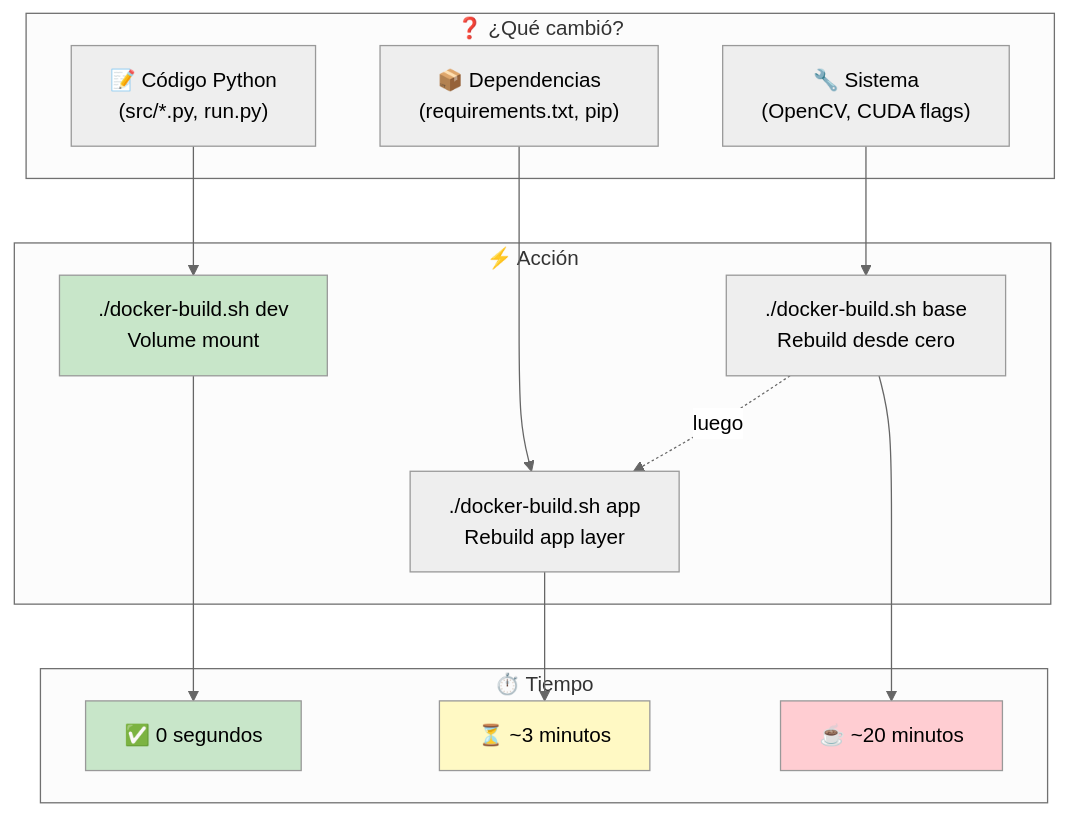
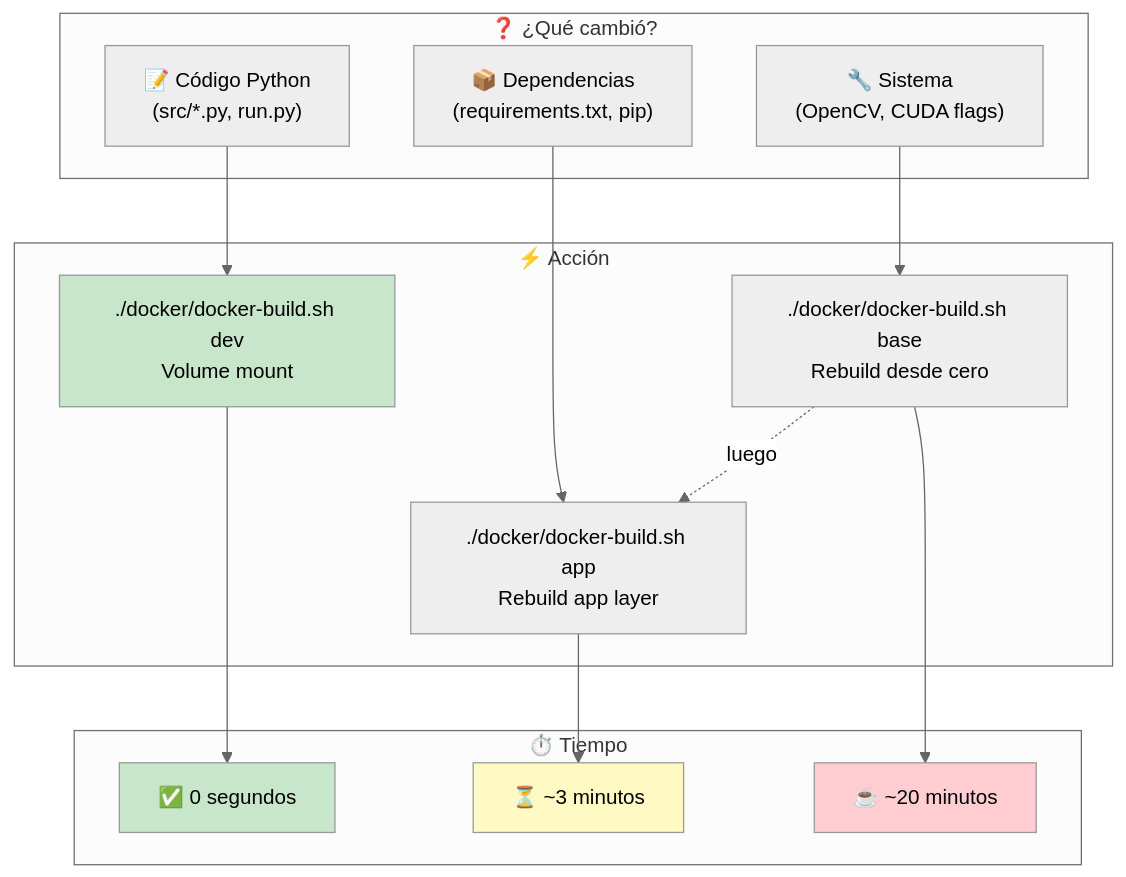
Before and after one commit to robertteleng/aria-demo: the second of 5 diagrams in docs/DOCKER.md, drawn with Mermaid (neutral theme). The commit also changed other lines of this file and 3 other files, not shown here.

````diff
--- a/docs/DOCKER.md
+++ b/docs/DOCKER.md
@@ -93,35 +93,35 @@
 ```mermaid
 flowchart TB
     subgraph CHANGE["❓ ¿Qué cambió?"]
         CODE_CHANGE["📝 Código Python<br/>(src/*.py, run.py)"]
         DEPS_CHANGE["📦 Dependencias<br/>(requirements.txt, pip)"]
         OPENCV_CHANGE["🔧 Sistema<br/>(OpenCV, CUDA flags)"]
     end
 
     subgraph ACTION["⚡ Acción"]
-        DEV["./docker-build.sh dev<br/>Volume mount"]
-        APP["./docker-build.sh app<br/>Rebuild app layer"]
-        BASE["./docker-build.sh base<br/>Rebuild desde cero"]
+        DEV["./docker/docker-build.sh dev<br/>Volume mount"]
+        APP["./docker/docker-build.sh app<br/>Rebuild app layer"]
+        BASE["./docker/docker-build.sh base<br/>Rebuild desde cero"]
     end
 
     subgraph TIME["⏱️ Tiempo"]
         T0["✅ 0 segundos"]
         T3["⏳ ~3 minutos"]
         T20["☕ ~20 minutos"]
     end
 
     CODE_CHANGE --> DEV
     DEV --> T0
 
     DEPS_CHANGE --> APP
     APP --> T3
 
     OPENCV_CHANGE --> BASE
     BASE --> T20
     BASE -.-> |"luego"| APP
 
     style T0 fill:#c8e6c9
     style T3 fill:#fff9c4
     style T20 fill:#ffcdd2
     style DEV fill:#c8e6c9
 ```
````
